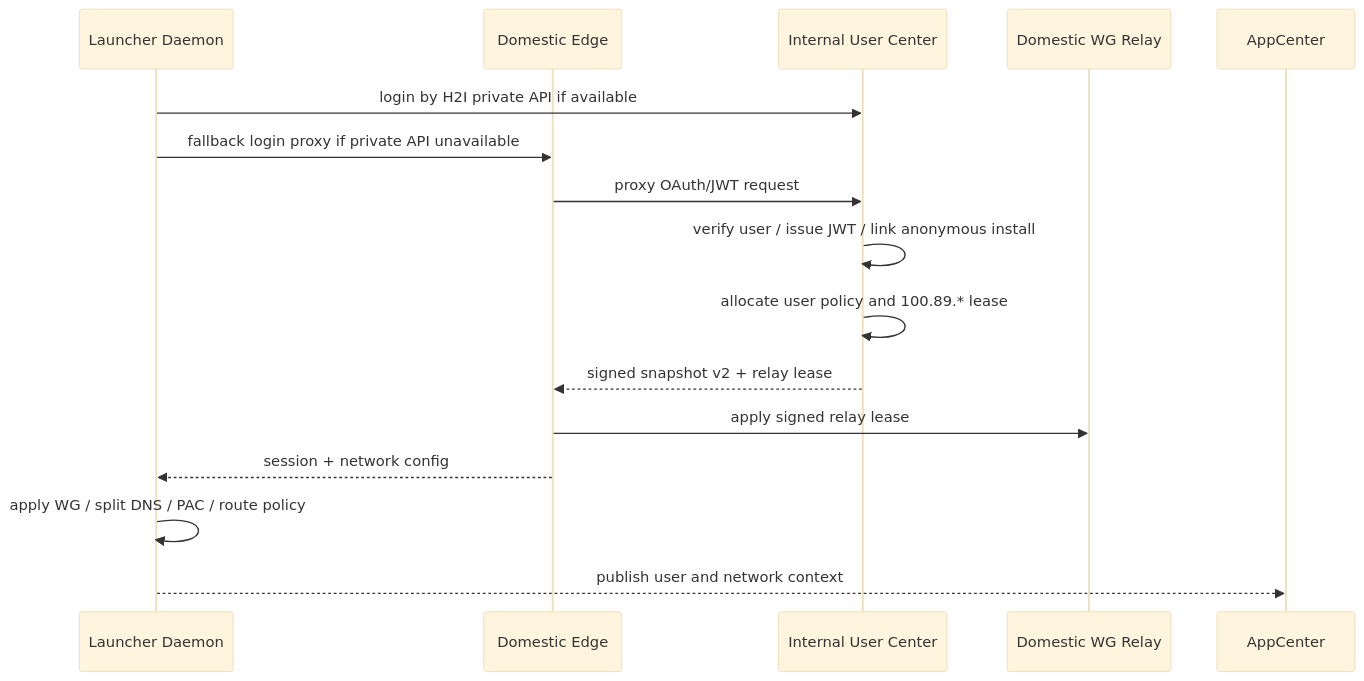
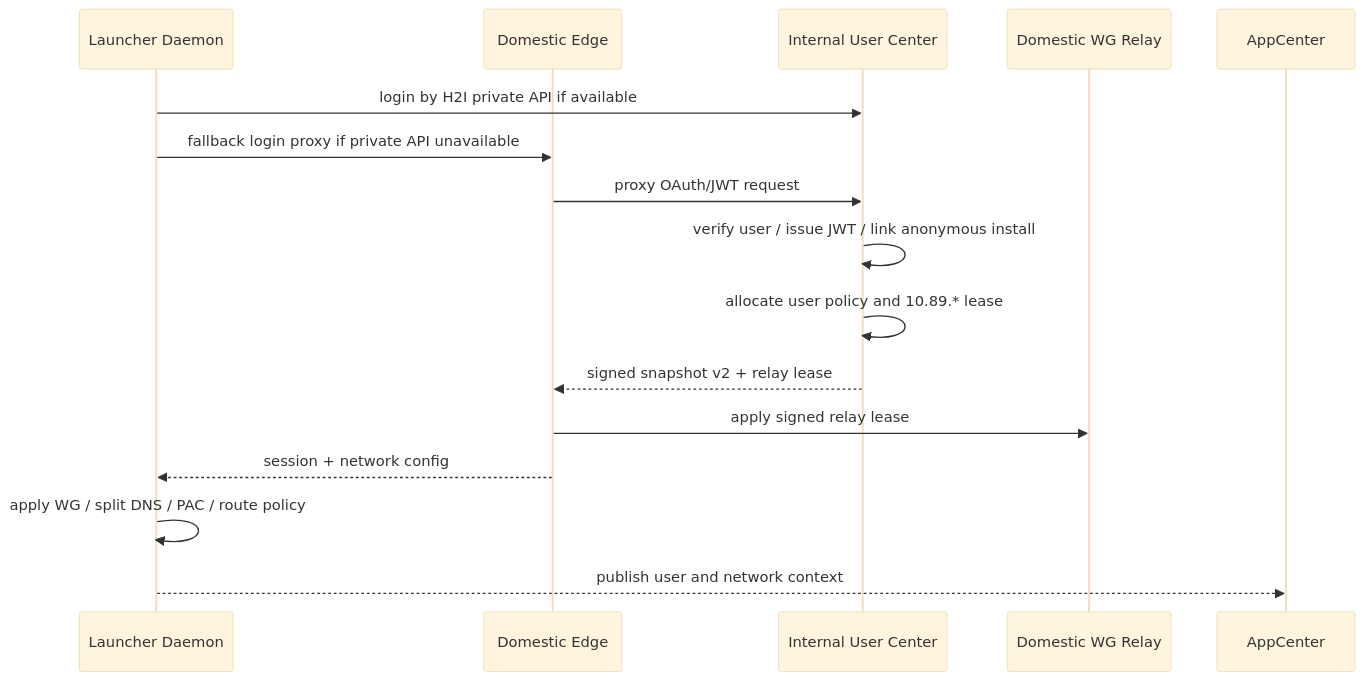
Before and after one commit to qpjoy/de-llaaddddeerr: the third of 4 diagrams in electron-dock/mx-launcher/docs/10-mx-3ks-appcenter-launcher-network-h2o-architecture.md, drawn with Mermaid (base theme). The commit also changed other lines of this file and 61 other files, not shown here.

````diff
--- a/electron-dock/mx-launcher/docs/10-mx-3ks-appcenter-launcher-network-h2o-architecture.md
+++ b/electron-dock/mx-launcher/docs/10-mx-3ks-appcenter-launcher-network-h2o-architecture.md
@@ -118,19 +118,19 @@
 ```mermaid
 sequenceDiagram
   participant L as Launcher Daemon
   participant D as Domestic Edge
   participant I as Internal User Center
   participant R as Domestic WG Relay
   participant AC as AppCenter
 
   L->>I: login by H2I private API if available
   L->>D: fallback login proxy if private API unavailable
   D->>I: proxy OAuth/JWT request
   I->>I: verify user / issue JWT / link anonymous install
-  I->>I: allocate user policy and 100.89.* lease
+  I->>I: allocate user policy and 10.89.* lease
   I-->>D: signed snapshot v2 + relay lease
   D->>R: apply signed relay lease
   D-->>L: session + network config
   L->>L: apply WG / split DNS / PAC / route policy
   L-->>AC: publish user and network context
 ```
````
